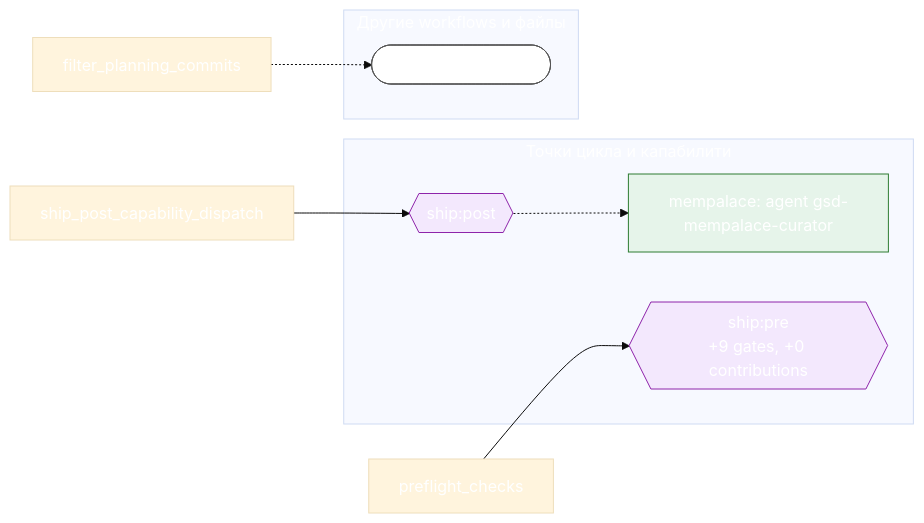
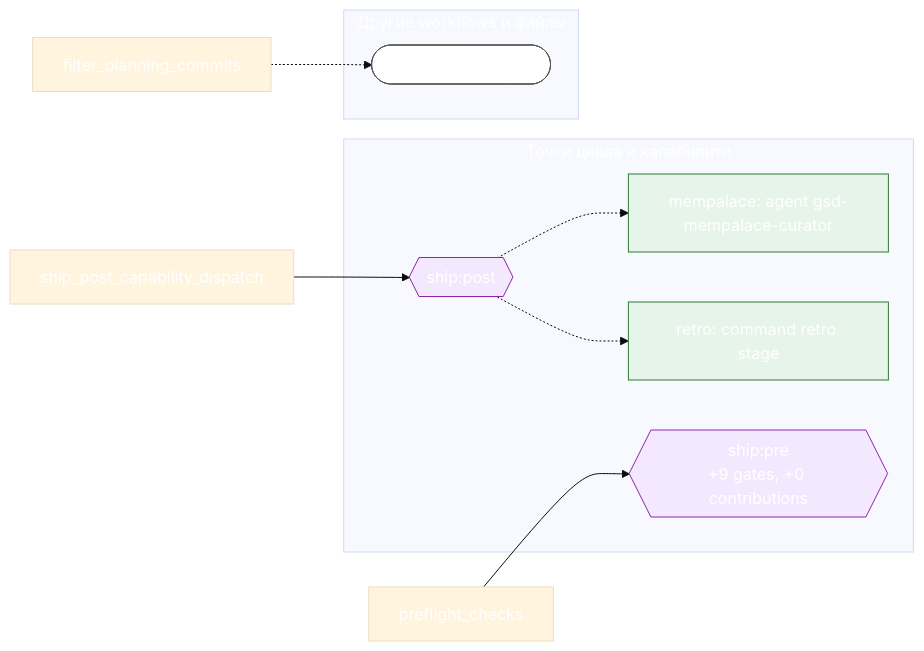
One commit to Govorin/gsd-core changed the second of 2 diagrams in docs/reference/workflow-maps/ship.md. Above: the diagram before and after it, drawn with Mermaid (base theme). The commit also changed 10 other files, not shown here.

````diff
--- a/docs/reference/workflow-maps/ship.md
+++ b/docs/reference/workflow-maps/ship.md
@@ -53,28 +53,30 @@
 ```mermaid
 flowchart LR
   subgraph g_points["Точки цикла и капабилити"]
     p_ship_post{{"ship#58;post"}}:::point
     c_ship_post_mempalace_agent_gsd_mempalace_curator["mempalace#58; agent gsd-mempalace-curator"]:::capability
+    c_ship_post_retro_command_retro_stage["retro#58; command retro stage"]:::capability
     p_ship_pre{{"ship#58;pre<br/>+9 gates, +0 contributions"}}:::point
   end
   subgraph g_files["Другие workflows и файлы"]
     w_gsd_core_workflows_pr_branch_md(["workflow#58; pr-branch"]):::workflow
   end
   u_step_preflight_checks["preflight_checks"]
   u_step_filter_planning_commits["filter_planning_commits"]
   u_step_ship_post_capability_dispatch["ship_post_capability_dispatch"]
   p_ship_post -.-> c_ship_post_mempalace_agent_gsd_mempalace_curator
+  p_ship_post -.-> c_ship_post_retro_command_retro_stage
   u_step_ship_post_capability_dispatch --> p_ship_post
   u_step_preflight_checks --> p_ship_pre
   u_step_filter_planning_commits -.-> w_gsd_core_workflows_pr_branch_md
   classDef missing fill:#fdecea,stroke:#d33,stroke-dasharray:4 3
   classDef unparsed fill:#f5f5f5,stroke:#999999,stroke-dasharray:4 3,color:#555
   classDef conditional fill:#fff8e1,stroke:#b28704
   classDef root fill:#263238,color:#ffffff,stroke:#263238
   classDef agent fill:#e8f0fe,stroke:#3367d6
   classDef builtin fill:#eeeeee,stroke:#777777
   classDef capability fill:#e6f4ea,stroke:#2e7d32
   classDef dynamic fill:#f2f2f2,stroke:#888,stroke-dasharray:2 2
   classDef point fill:#f3e8fd,stroke:#8e24aa
   classDef workflow fill:#ffffff,stroke:#555555
 ```
````
